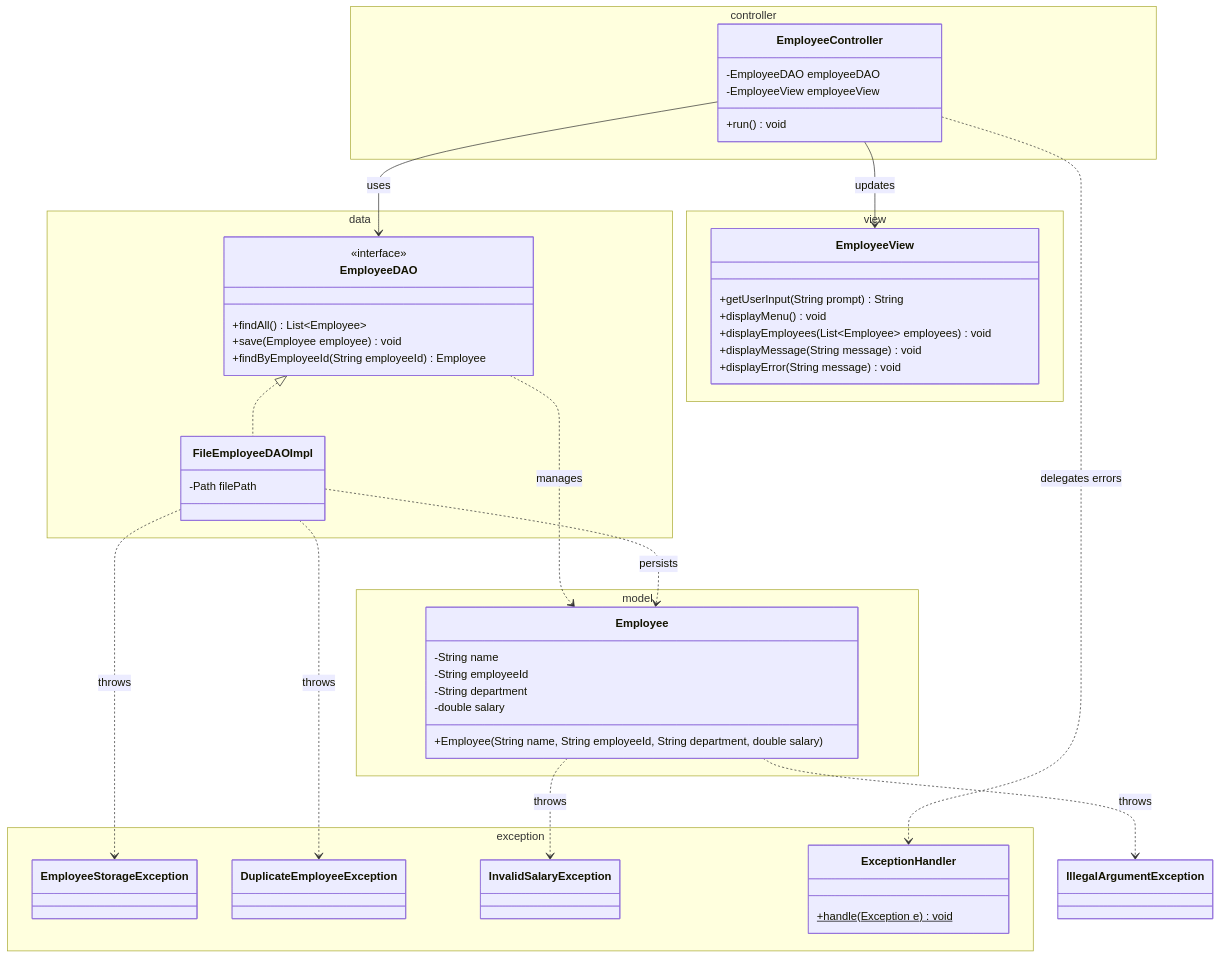
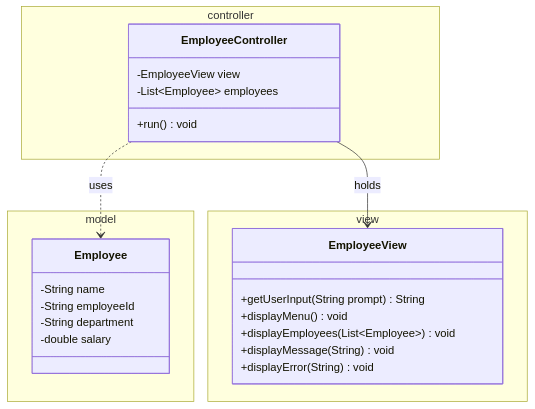
The diagram in README.md (ihabau/Lexicon_WS_Exception), drawn with Mermaid before and after one commit. The commit also changed other lines of this file and 1 other file, not shown here.

Commit message:
Docs: step 2 worksheet (Employee Mgmt) - MVC view+controller, flowcharts, 11 hints

````diff
--- a/README.md
+++ b/README.md
@@ -7,64 +27,29 @@
 ```mermaid
 classDiagram
     namespace model {
         class Employee {
             -String name
             -String employeeId
             -String department
             -double salary
-            +Employee(String name, String employeeId, String department, double salary)
         }
     }
-
-    namespace data {
-        class EmployeeDAO {
-            <<interface>>
-            +findAll() List~Employee~
-            +save(Employee employee) void
-            +findByEmployeeId(String employeeId) Employee
-        }
-        class FileEmployeeDAOImpl {
-            -Path filePath
-        }
-    }
-
     namespace view {
         class EmployeeView {
             +getUserInput(String prompt) String
             +displayMenu() void
-            +displayEmployees(List~Employee~ employees) void
-            +displayMessage(String message) void
-            +displayError(String message) void
+            +displayEmployees(List~Employee~) void
+            +displayMessage(String) void
+            +displayError(String) void
         }
     }
-
     namespace controller {
         class EmployeeController {
-            -EmployeeDAO employeeDAO
-            -EmployeeView employeeView
+            -EmployeeView view
+            -List~Employee~ employees
             +run() void
         }
     }
-
-    namespace exception {
-        class EmployeeStorageException { }
-        class DuplicateEmployeeException { }
-        class InvalidSalaryException { }
-        class ExceptionHandler {
-            +handle(Exception e)$ void
-        }
-    }
-
-    EmployeeDAO <|.. FileEmployeeDAOImpl
-    EmployeeController --> EmployeeDAO : uses
-    EmployeeController --> EmployeeView : updates
-    EmployeeController ..> ExceptionHandler : delegates errors
-
-    EmployeeDAO ..> Employee : manages
-    FileEmployeeDAOImpl ..> Employee : persists
-
-    Employee ..> IllegalArgumentException : throws
-    Employee ..> InvalidSalaryException : throws
-    FileEmployeeDAOImpl ..> EmployeeStorageException : throws
-    FileEmployeeDAOImpl ..> DuplicateEmployeeException : throws
+    EmployeeController --> EmployeeView : holds
+    EmployeeController ..> Employee : uses
 ```
````
